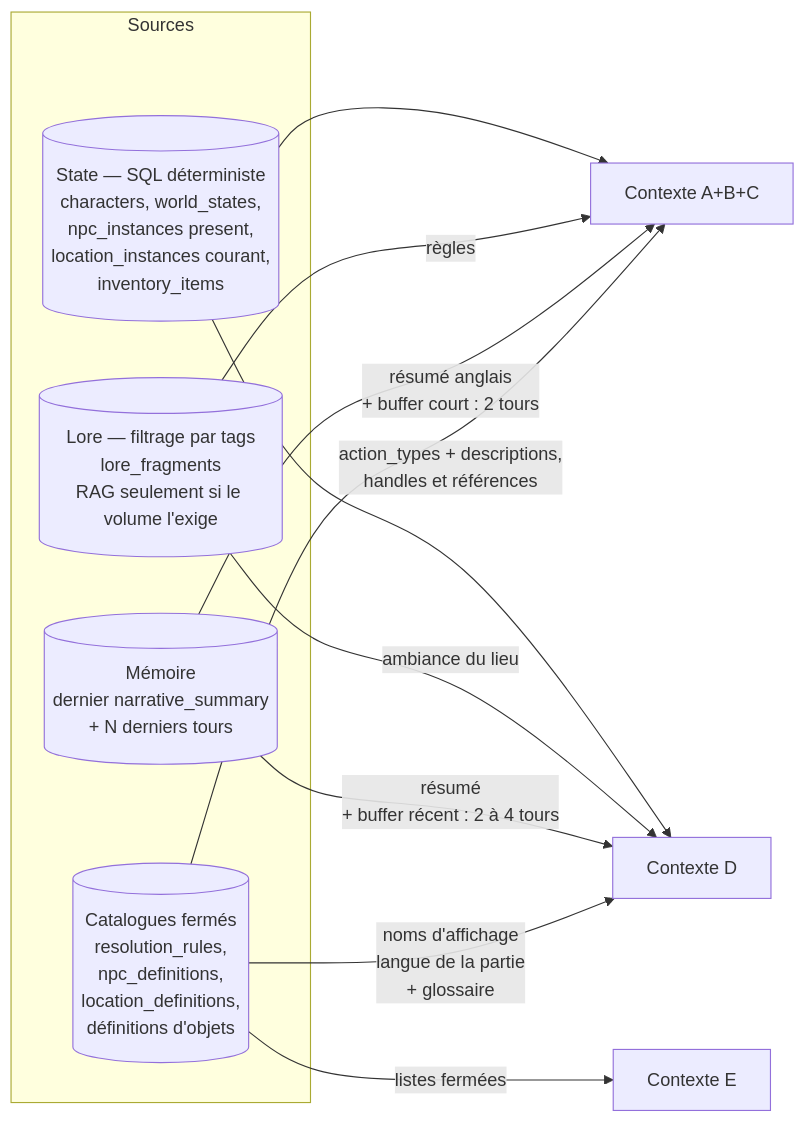
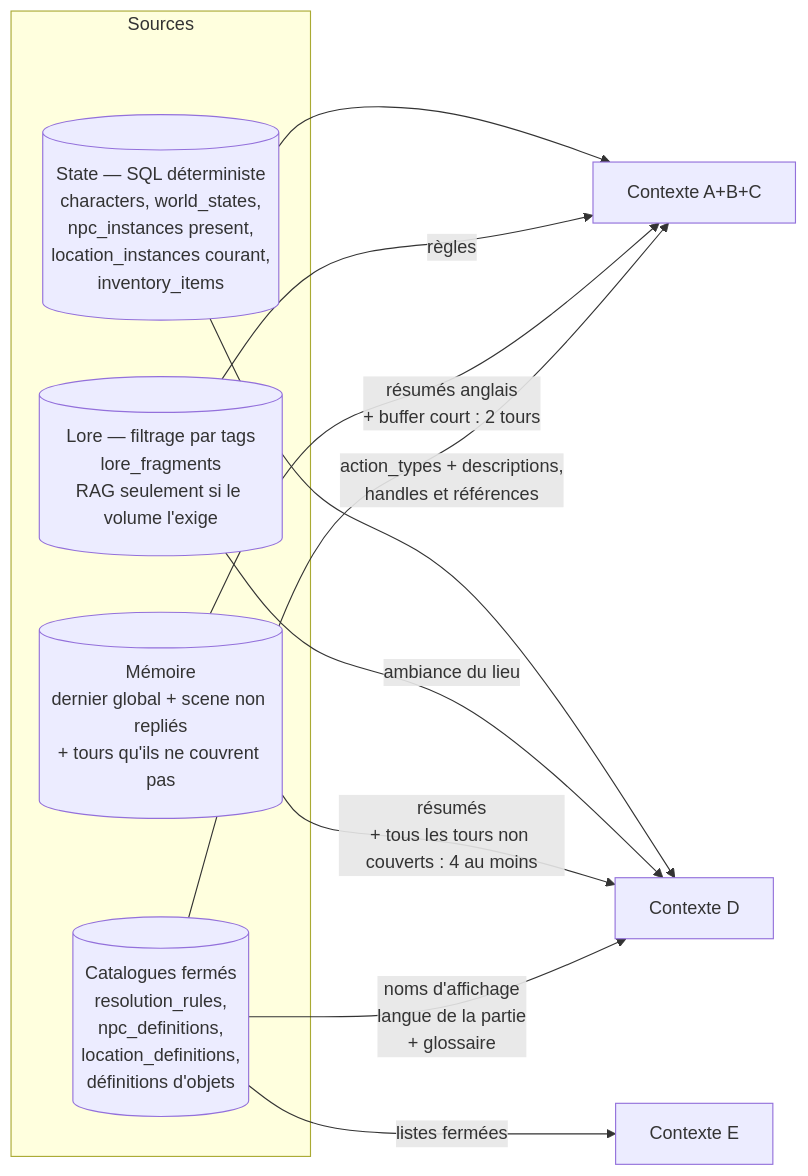
One commit to cyrilpointet/wanderlore changed the fourth of 14 diagrams in doc/flux-backend-tour-de-jeu-mj-virtuel.md. Above: the diagram before and after it, drawn with Mermaid. The commit also changed other lines of this file and 8 other files, not shown here.

````diff
--- a/doc/flux-backend-tour-de-jeu-mj-virtuel.md
+++ b/doc/flux-backend-tour-de-jeu-mj-virtuel.md
@@ -150,21 +150,21 @@
 ```mermaid
 flowchart LR
     subgraph sources [Sources]
         ST[(State — SQL déterministe<br/>characters, world_states,<br/>npc_instances present,<br/>location_instances courant,<br/>inventory_items)]
         LO[(Lore — filtrage par tags<br/>lore_fragments<br/>RAG seulement si le volume l'exige)]
-        ME[(Mémoire<br/>dernier narrative_summary<br/>+ N derniers tours)]
+        ME[(Mémoire<br/>dernier global + scene non repliés<br/>+ tours qu'ils ne couvrent pas)]
         CA[(Catalogues fermés<br/>resolution_rules,<br/>npc_definitions,<br/>location_definitions,<br/>définitions d'objets)]
     end
 
     ST --> K1[Contexte A+B+C]
     LO -->|règles| K1
-    ME -->|résumé anglais<br/>+ buffer court : 2 tours| K1
+    ME -->|résumés anglais<br/>+ buffer court : 2 tours| K1
     CA -->|action_types + descriptions,<br/>handles et références| K1
 
     ST --> K2[Contexte D]
     LO -->|ambiance du lieu| K2
-    ME -->|résumé<br/>+ buffer récent : 2 à 4 tours| K2
+    ME -->|résumés<br/>+ tous les tours non couverts : 4 au moins| K2
     CA -->|noms d'affichage<br/>langue de la partie<br/>+ glossaire| K2
 
     CA -->|listes fermées| K3[Contexte E]
 ```
````
